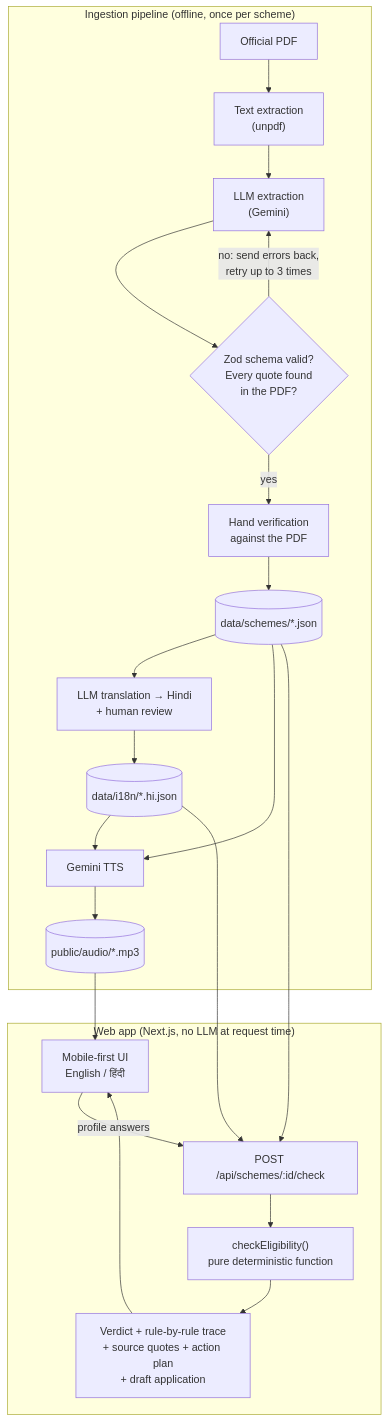
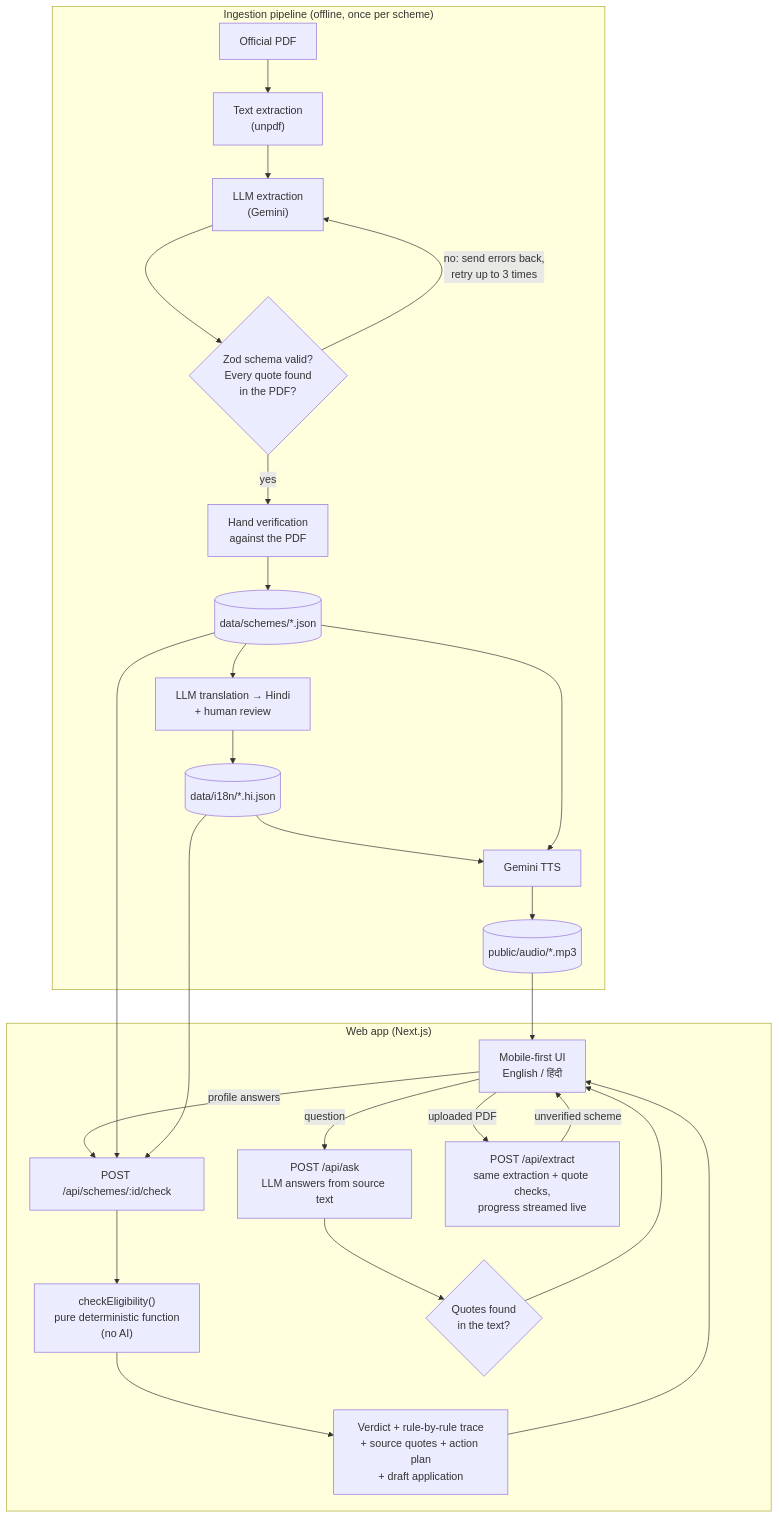
One commit to RaghavS-45/civic-pulse changed the diagram in README.md. Above: the diagram before and after it, drawn with Mermaid. The commit also changed other lines of this file and 20 other files, not shown here.

Commit message:
Add live AI features: Ask a question (cited Q&A) and Explain any notification (live extraction)

````diff
--- a/README.md
+++ b/README.md
@@ -44,27 +48,32 @@
 ```mermaid
 flowchart TB
   subgraph Ingestion["Ingestion pipeline (offline, once per scheme)"]
     PDF["Official PDF"] --> TXT["Text extraction<br/>(unpdf)"]
     TXT --> LLM["LLM extraction<br/>(Gemini)"]
     LLM --> ZOD{"Zod schema valid?<br/>Every quote found<br/>in the PDF?"}
     ZOD -- "no: send errors back,<br/>retry up to 3 times" --> LLM
     ZOD -- yes --> HUMAN["Hand verification<br/>against the PDF"]
     HUMAN --> JSON[("data/schemes/*.json")]
     JSON --> TR["LLM translation → Hindi<br/>+ human review"]
     TR --> I18N[("data/i18n/*.hi.json")]
     I18N --> TTS["Gemini TTS"]
     JSON --> TTS
     TTS --> MP3[("public/audio/*.mp3")]
   end
 
-  subgraph Runtime["Web app (Next.js, no LLM at request time)"]
+  subgraph Runtime["Web app (Next.js)"]
     UI["Mobile-first UI<br/>English / हिंदी"] -- "profile answers" --> API["POST /api/schemes/:id/check"]
-    API --> ELIG["checkEligibility()<br/>pure deterministic function"]
+    API --> ELIG["checkEligibility()<br/>pure deterministic function<br/>(no AI)"]
     ELIG --> PLAN["Verdict + rule-by-rule trace<br/>+ source quotes + action plan<br/>+ draft application"]
     PLAN --> UI
+    UI -- "question" --> ASK["POST /api/ask<br/>LLM answers from source text"]
+    ASK --> QV{"Quotes found<br/>in the text?"}
+    QV --> UI
+    UI -- "uploaded PDF" --> EXT["POST /api/extract<br/>same extraction + quote checks,<br/>progress streamed live"]
+    EXT -- "unverified scheme" --> UI
   end
 
   JSON --> API
   I18N --> API
   MP3 --> UI
 ```
````
